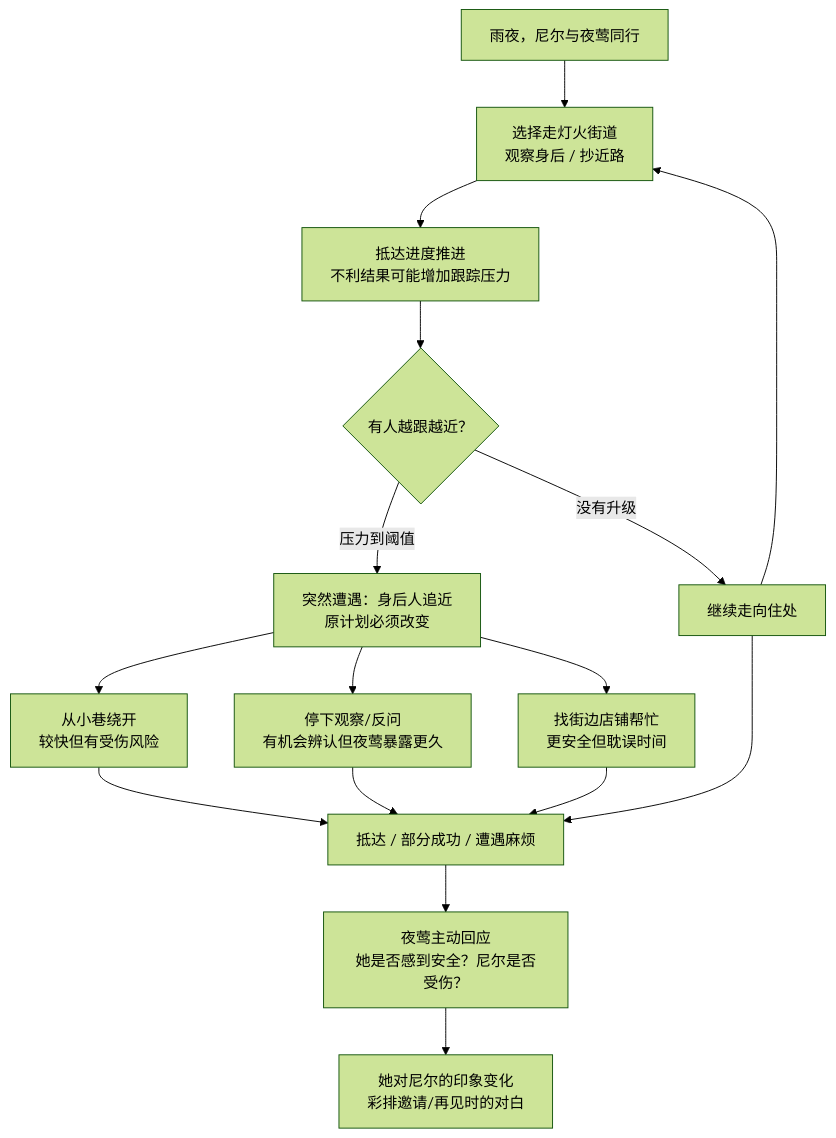
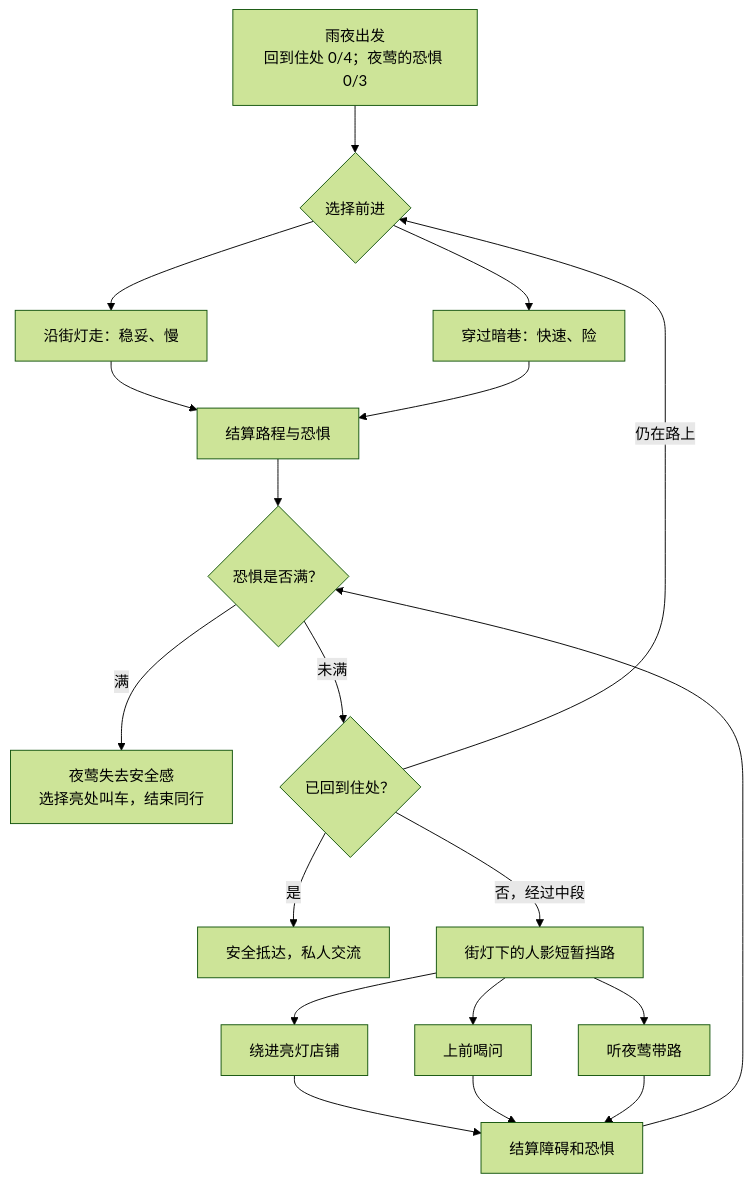
Before and after one commit to guopanqi/ssnoir: the third of 4 diagrams in docs/章节内容手稿/第一章_人物与交锋设计/01_第一幕_活下去_内容网络与交锋.md, drawn with Mermaid (forest theme). The commit also changed other lines of this file, not shown here.

````diff
--- a/docs/章节内容手稿/第一章_人物与交锋设计/01_第一幕_活下去_内容网络与交锋.md
+++ b/docs/章节内容手稿/第一章_人物与交锋设计/01_第一幕_活下去_内容网络与交锋.md
@@ -201,18 +169,22 @@
 ```mermaid
 flowchart TD
-    A["雨夜，尼尔与夜莺同行"] --> B["选择走灯火街道<br/>观察身后 / 抄近路"]
-    B --> C["抵达进度推进<br/>不利结果可能增加跟踪压力"]
-    C --> D{"有人越跟越近？"}
-    D -->|没有升级| E["继续走向住处"]
-    E --> B
-    D -->|压力到阈值| F["突然遭遇：身后人追近<br/>原计划必须改变"]
-    F --> G["从小巷绕开<br/>较快但有受伤风险"]
-    F --> H["停下观察/反问<br/>有机会辨认但夜莺暴露更久"]
-    F --> I["找街边店铺帮忙<br/>更安全但耽误时间"]
-    G --> J["抵达 / 部分成功 / 遭遇麻烦"]
-    H --> J
-    I --> J
-    E --> J
-    J --> K["夜莺主动回应<br/>她是否感到安全？尼尔是否受伤？"]
-    K --> L["她对尼尔的印象变化<br/>彩排邀请/再见时的对白"]
+    A["雨夜出发<br/>回到住处 0/4；夜莺的恐惧 0/3"]
+    A --> B{"选择前进"}
+    B --> C["沿街灯走：稳妥、慢"]
+    B --> D["穿过暗巷：快速、险"]
+    C --> E["结算路程与恐惧"]
+    D --> E
+    E --> F{"恐惧是否满？"}
+    F -->|"满"| G["夜莺失去安全感<br/>选择亮处叫车，结束同行"]
+    F -->|"未满"| H{"已回到住处？"}
+    H -->|"是"| I["安全抵达，私人交流"]
+    H -->|"否，经过中段"| J["街灯下的人影短暂挡路"]
+    J --> K["绕进亮灯店铺"]
+    J --> L["上前喝问"]
+    J --> M["听夜莺带路"]
+    K --> N["结算障碍和恐惧"]
+    L --> N
+    M --> N
+    N --> F
+    H -->|"仍在路上"| B
 ```
````
